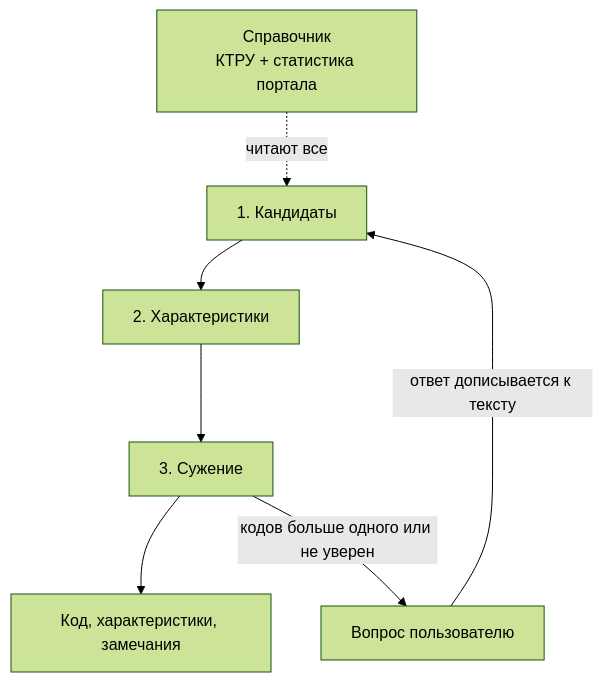
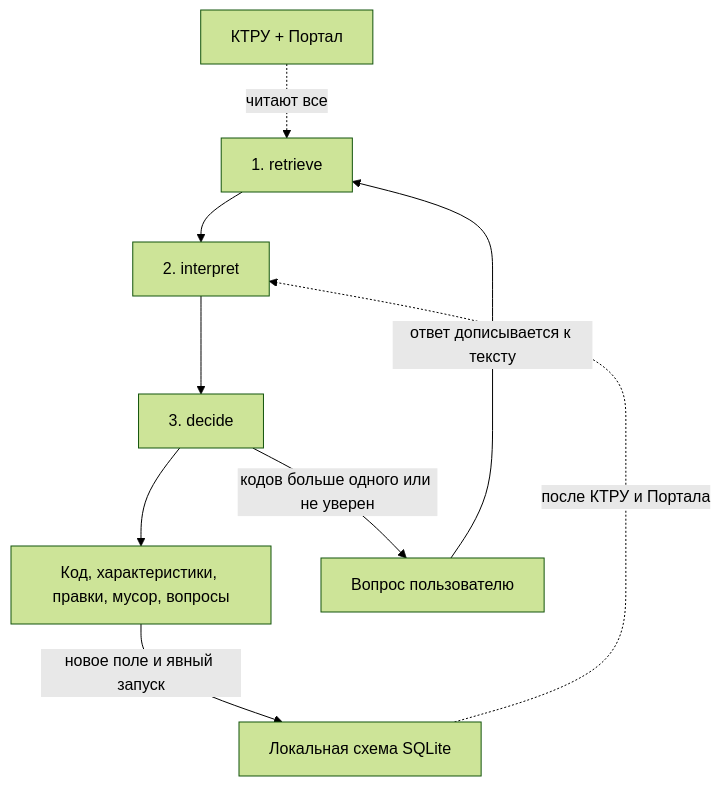
One commit to MrDragar/TenderHack2026 changed the diagram in docs/architecture.md. Above: the diagram before and after it, drawn with Mermaid (forest theme). The commit also changed other lines of this file and 22 other files, not shown here.

````diff
--- a/docs/architecture.md
+++ b/docs/architecture.md
@@ -47,14 +48,17 @@
 ```mermaid
 flowchart TD
-    R["Справочник<br/>КТРУ + статистика портала"]
-    S1["1. Кандидаты"]
-    S2["2. Характеристики"]
-    S3["3. Сужение"]
-    OUT["Код, характеристики, замечания"]
+    R["КТРУ + Портал"]
+    M["Локальная схема SQLite"]
+    S1["1. retrieve"]
+    S2["2. interpret"]
+    S3["3. decide"]
+    OUT["Код, характеристики, правки, мусор, вопросы"]
     ASK["Вопрос пользователю"]
 
     R -. читают все .-> S1
+    M -. после КТРУ и Портала .-> S2
     S1 --> S2 --> S3 --> OUT
     S3 -->|кодов больше одного или не уверен| ASK
     ASK -->|ответ дописывается к тексту| S1
+    OUT -->|новое поле и явный запуск| M
 ```
````
